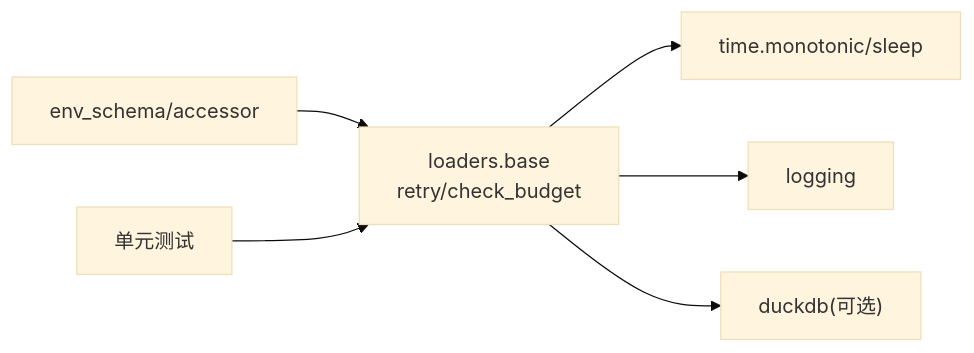
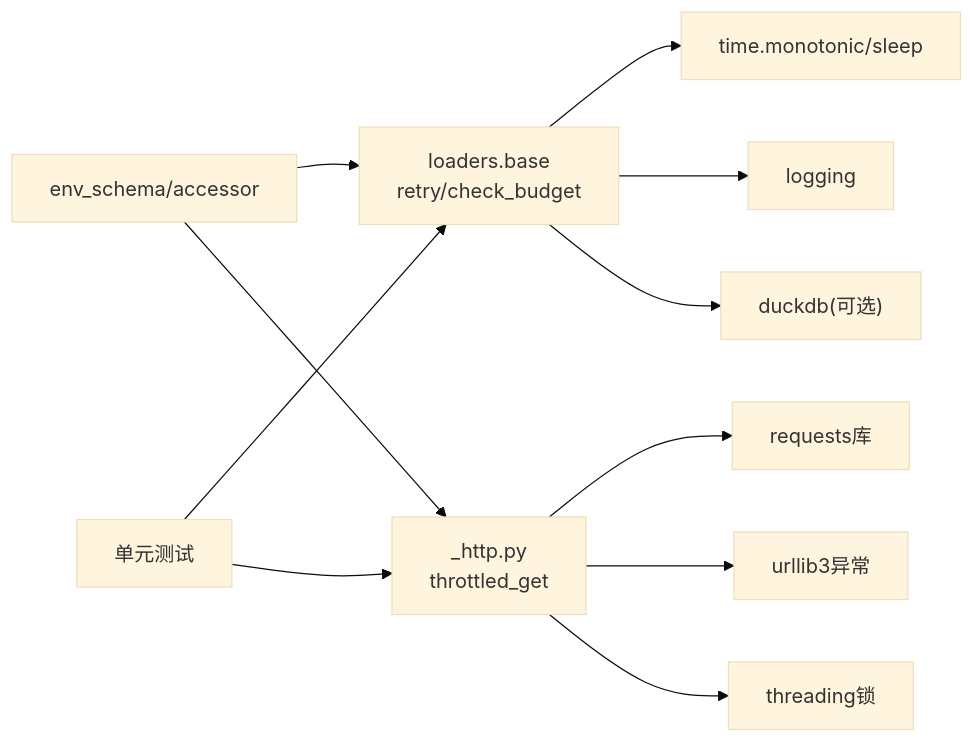
The sixth of 6 diagrams in .qoder/repowiki/zh/content/数据管理层/数据处理管道/重试与容错机制.md (20012002er/Vibe-Trading), drawn with Mermaid (base theme) before and after one commit. The commit also changed other lines of this file and 96 other files, not shown here.

````diff
--- a/.qoder/repowiki/zh/content/数据管理层/数据处理管道/重试与容错机制.md
+++ b/.qoder/repowiki/zh/content/数据管理层/数据处理管道/重试与容错机制.md
@@ -208,8 +266,13 @@
 ```mermaid
 graph LR
 Base["loaders.base<br/>retry/check_budget"] --> Time["time.monotonic/sleep"]
 Base --> Log["logging"]
 Base --> DuckDB["duckdb(可选)"]
+HTTP["_http.py<br/>throttled_get"] --> Requests["requests库"]
+HTTP --> Urllib3["urllib3异常"]
+HTTP --> Threading["threading锁"]
 Config["env_schema/accessor"] --> Base
+Config --> HTTP
 Tests["单元测试"] --> Base
+Tests --> HTTP
 ```
````
